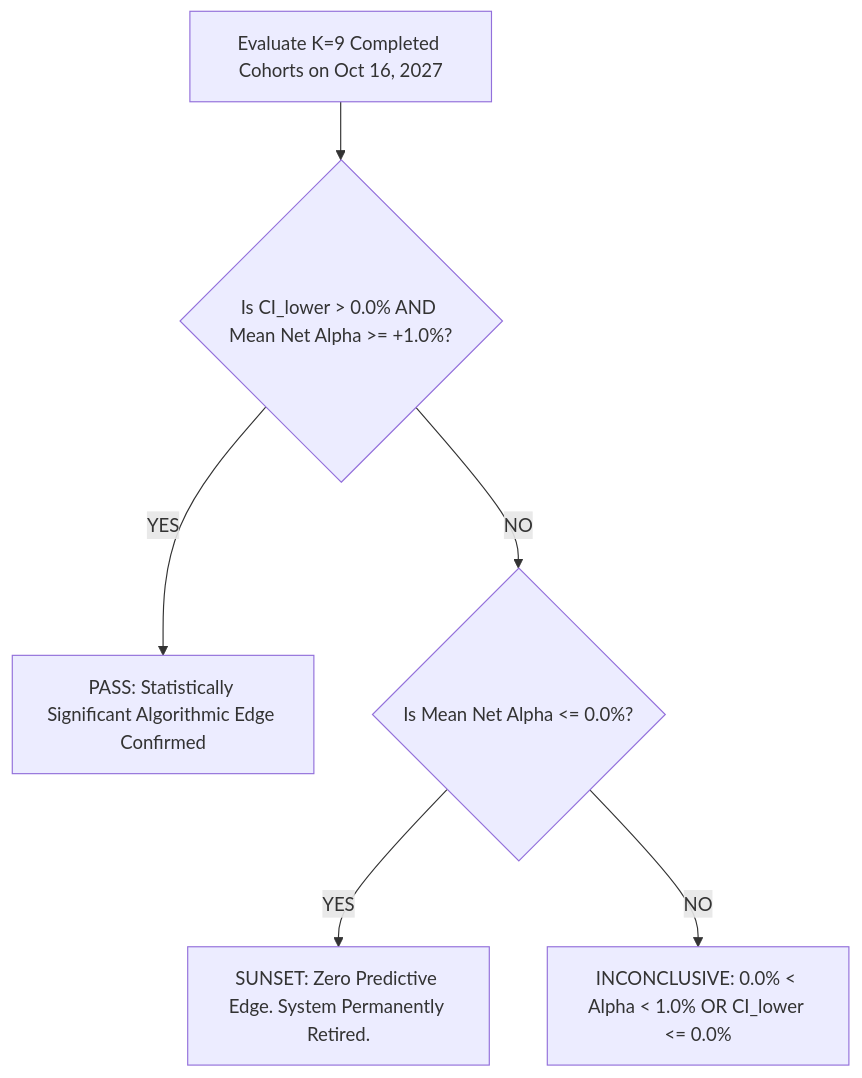
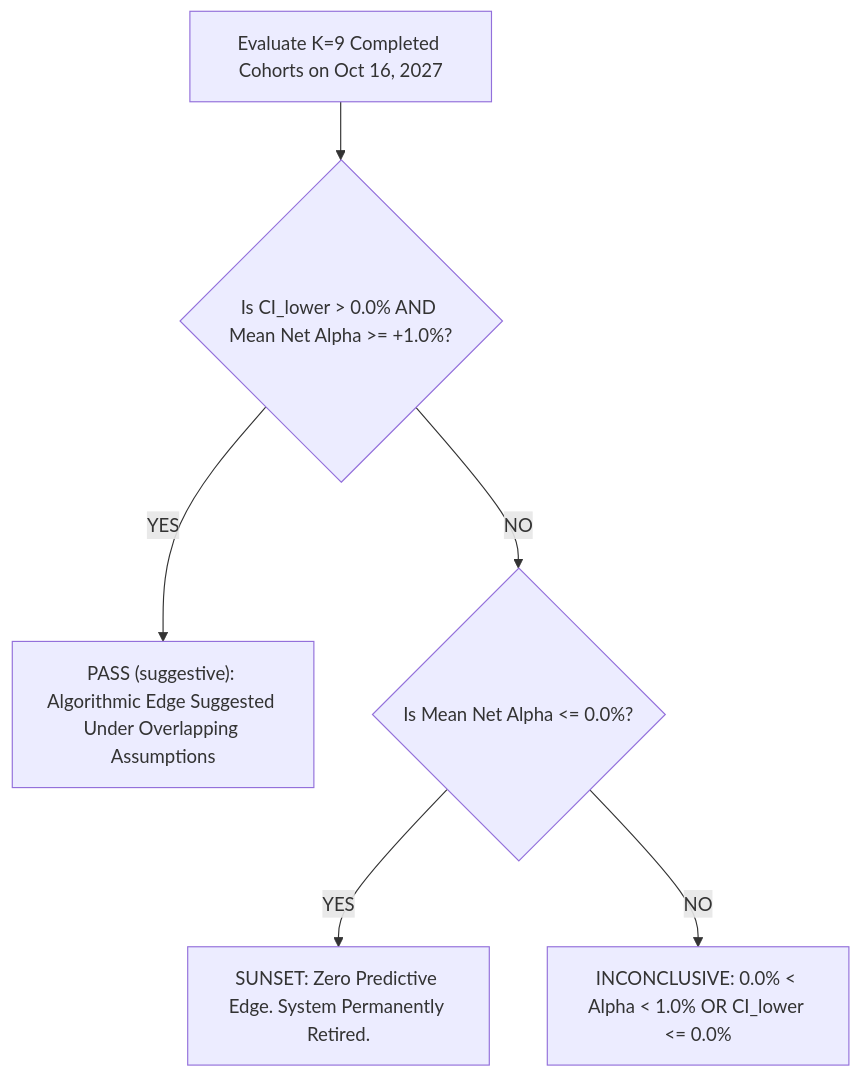
The diagram in docs/forward_testing_protocol_v2.md (redopm/Trade_Matrix), drawn with Mermaid before and after one commit. The commit also changed other lines of this file and 5 other files, not shown here.

````diff
--- a/docs/forward_testing_protocol_v2.md
+++ b/docs/forward_testing_protocol_v2.md
@@ -167,8 +172,8 @@
 ```mermaid
 graph TD
     A[Evaluate K=9 Completed Cohorts on Oct 16, 2027] --> B{Is CI_lower > 0.0% AND Mean Net Alpha >= +1.0%?}
-    B -- YES --> C[PASS: Statistically Significant Algorithmic Edge Confirmed]
+    B -- YES --> C["PASS (suggestive): Algorithmic Edge Suggested Under Overlapping Assumptions"]
     B -- NO --> D{Is Mean Net Alpha <= 0.0%?}
     D -- YES --> E[SUNSET: Zero Predictive Edge. System Permanently Retired.]
     D -- NO --> F["INCONCLUSIVE: 0.0% < Alpha < 1.0% OR CI_lower <= 0.0%"]
 ```
````
